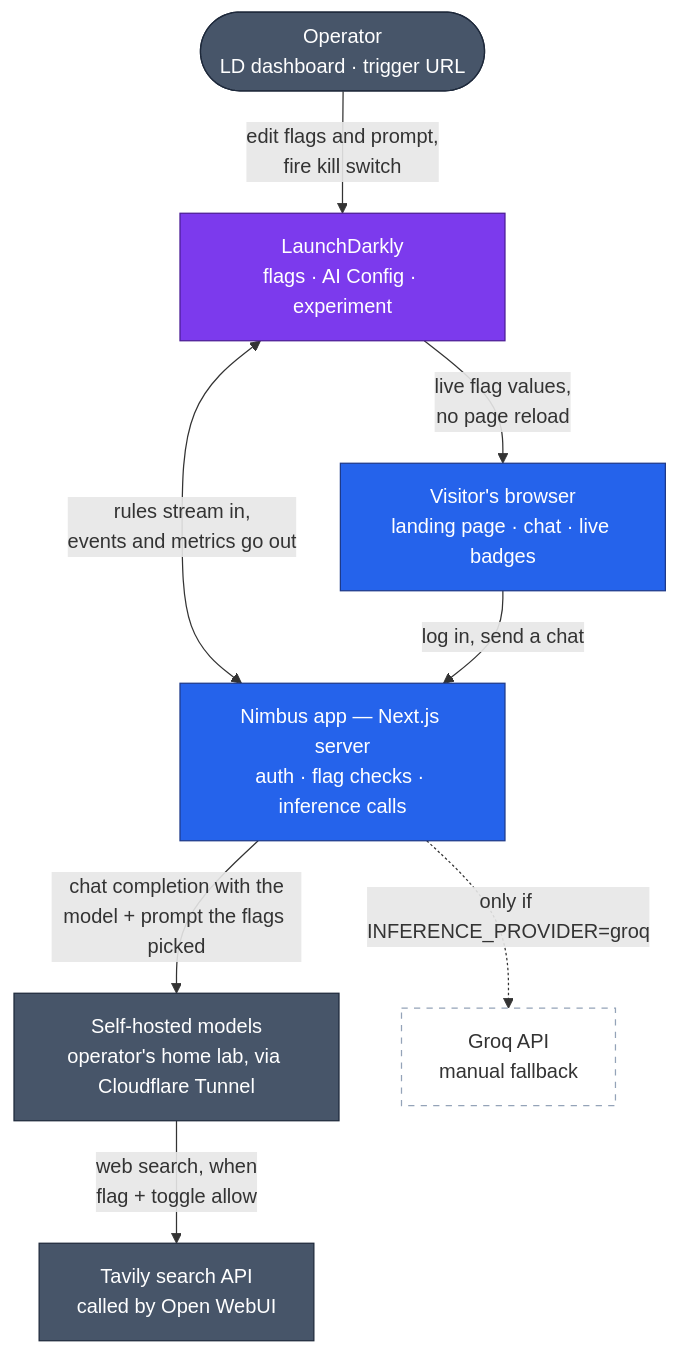
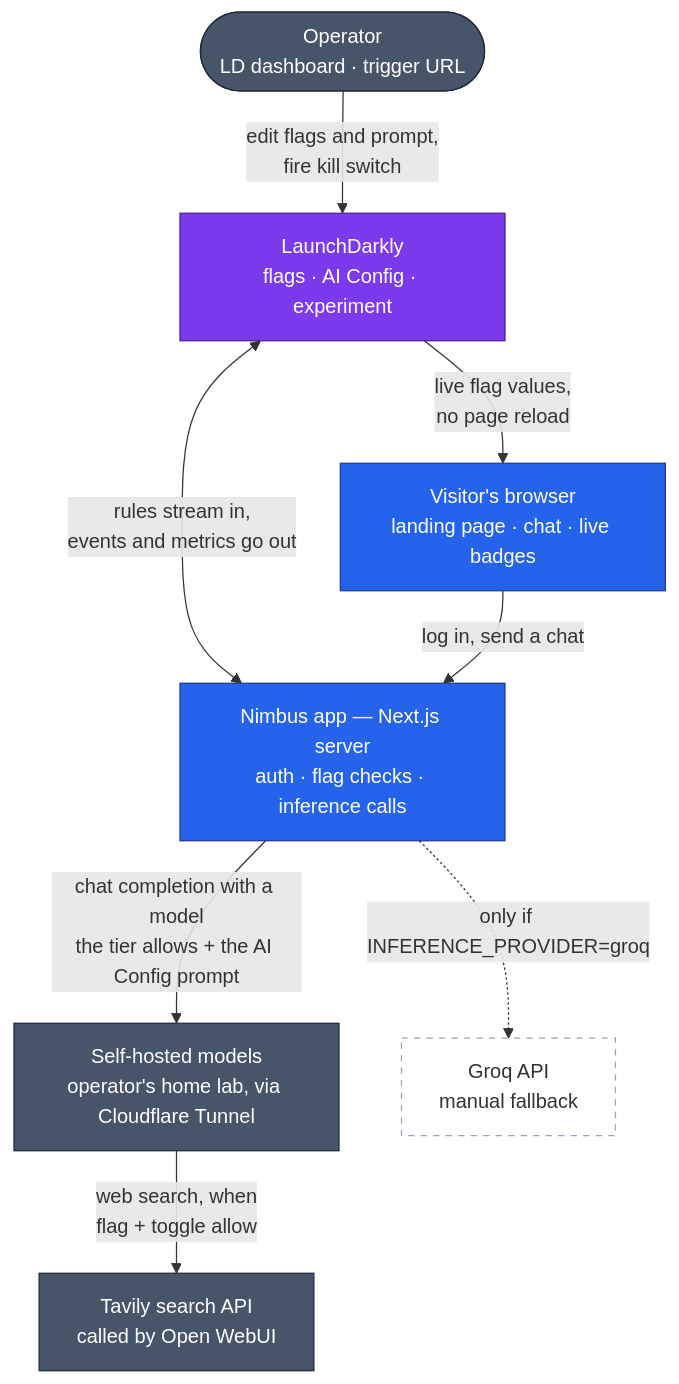
One commit to hiddenintel-rc/nimbus-ai-sample changed the second of 5 diagrams in docs/ARCHITECTURE.md. Above: the diagram before and after it, drawn with Mermaid. The commit also changed other lines of this file and 16 other files, not shown here.

````diff
--- a/docs/ARCHITECTURE.md
+++ b/docs/ARCHITECTURE.md
@@ -83,26 +77,26 @@
 ```mermaid
 flowchart TB
     accTitle: Nimbus system overview
     accDescr: The operator controls LaunchDarkly from its dashboard. LaunchDarkly streams live flag values to the visitor's browser and flag rules to the Nimbus app, which sends events and metrics back. The browser sends logins and chats to the Nimbus app, which calls a self-hosted model backend; that backend can run a Tavily web search when the flags allow it. Groq is an inactive fallback.
 
     Operator(["Operator<br/>LD dashboard · trigger URL"]):::ext
     LD["LaunchDarkly<br/>flags · AI Config · experiment"]:::ld
     Visitor["Visitor's browser<br/>landing page · chat · live badges"]:::nimbus
     App["Nimbus app — Next.js server<br/>auth · flag checks · inference calls"]:::nimbus
     Models["Self-hosted models<br/>operator's home lab, via Cloudflare Tunnel"]:::ext
     Tavily["Tavily search API<br/>called by Open WebUI"]:::ext
     Groq["Groq API<br/>manual fallback"]:::off
 
     Operator -->|"edit flags and prompt,<br/>fire kill switch"| LD
     LD -->|"live flag values,<br/>no page reload"| Visitor
     LD <-->|"rules stream in,<br/>events and metrics go out"| App
     Visitor -->|"log in, send a chat"| App
-    App -->|"chat completion with the<br/>model + prompt the flags picked"| Models
+    App -->|"chat completion with a model<br/>the tier allows + the AI Config prompt"| Models
     App -.->|"only if INFERENCE_PROVIDER=groq"| Groq
     Models -->|"web search, when<br/>flag + toggle allow"| Tavily
 
     classDef nimbus fill:#2563eb,stroke:#1e3a8a,color:#fff
     classDef ld fill:#7c3aed,stroke:#4c1d95,color:#fff
     classDef ext fill:#475569,stroke:#1e293b,color:#fff
     classDef off fill:none,stroke:#94a3b8,stroke-dasharray:5 5
 ```
````
